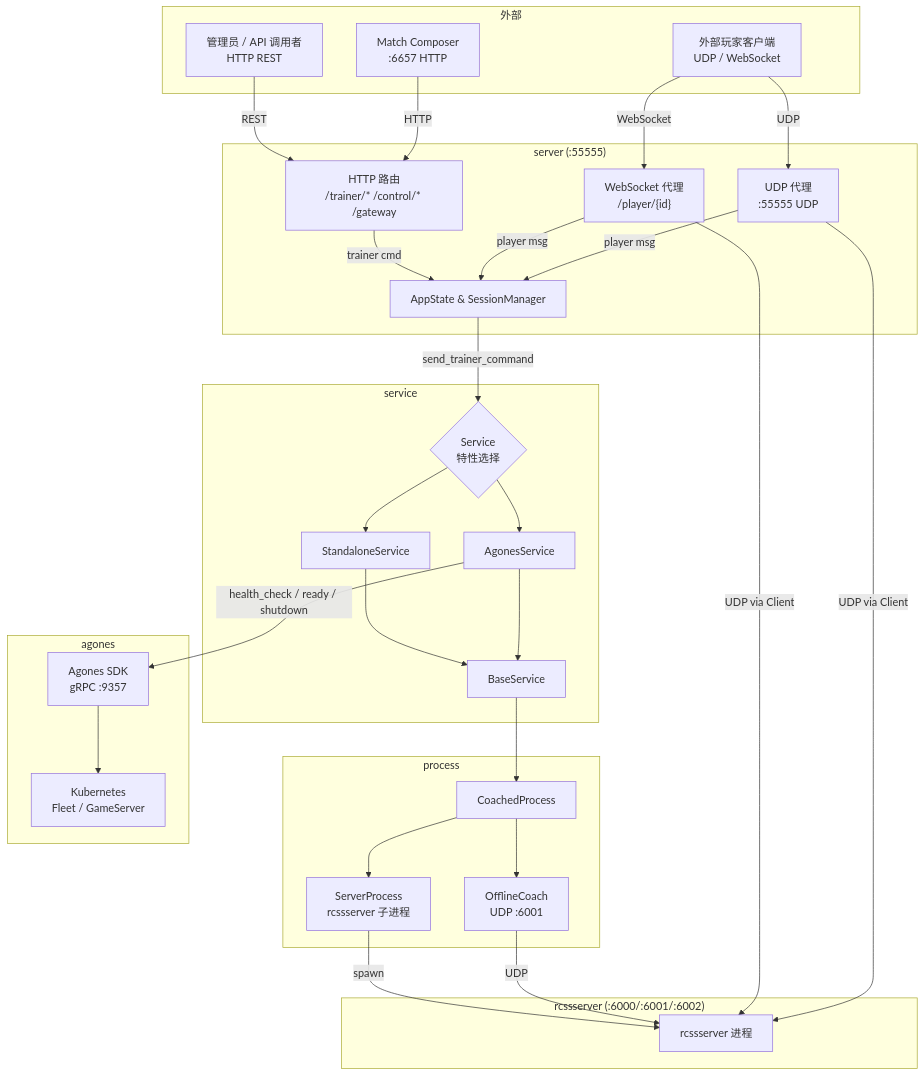
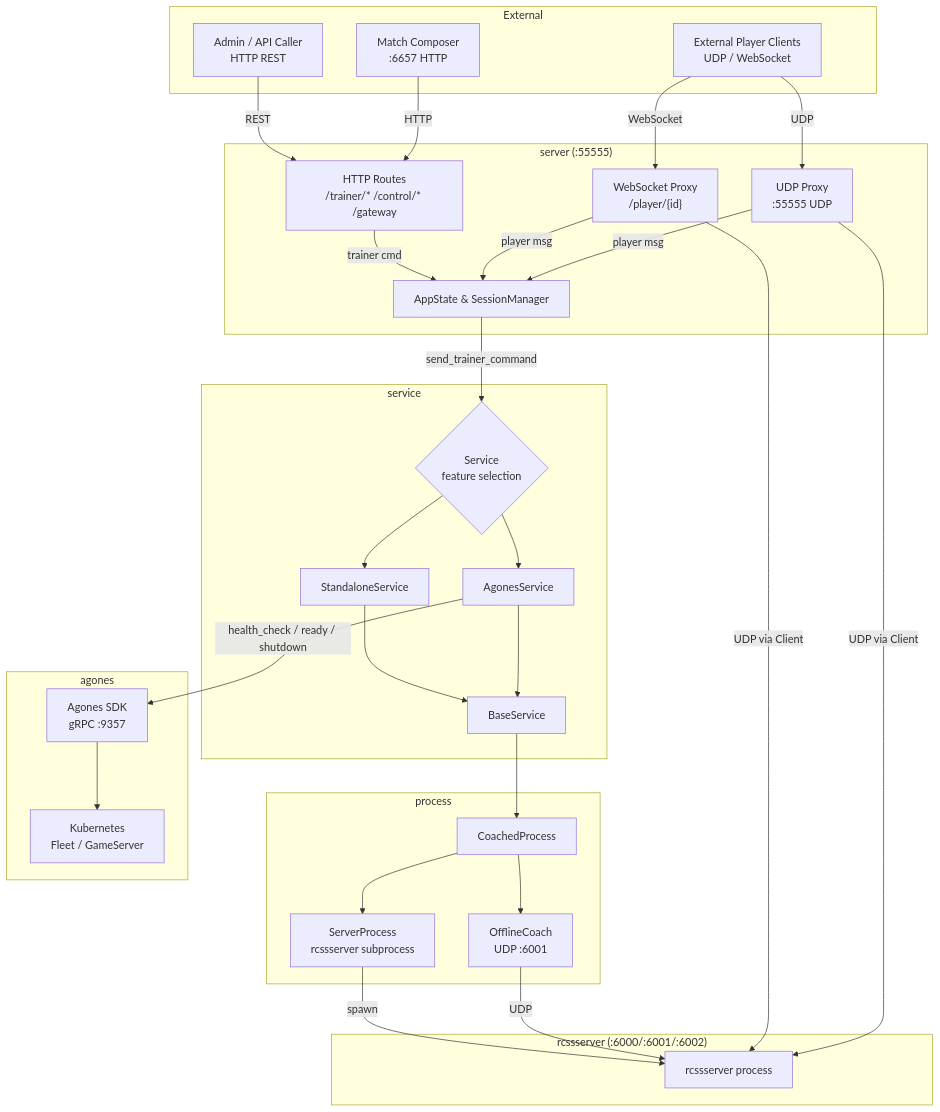
One commit to NN-4H0U/cluster changed the second of 20 diagrams in docs/REPORT.md. Above: the diagram before and after it, drawn with Mermaid. The commit also changed other lines of this file, not shown here.

Commit message:
fix: fix AppState lifecycle mermaid parse error and translate all diagrams to English

````diff
--- a/docs/REPORT.md
+++ b/docs/REPORT.md
@@ -59,63 +59,63 @@
 ```mermaid
 graph TB
-    subgraph ext["外部"]
-        PC["外部玩家客户端\nUDP / WebSocket"]
-        AC["管理员 / API 调用者\nHTTP REST"]
+    subgraph ext["External"]
+        PC["External Player Clients\nUDP / WebSocket"]
+        AC["Admin / API Caller\nHTTP REST"]
         MC["Match Composer\n:6657 HTTP"]
     end
 
     subgraph srv["server (:55555)"]
-        HTTP["HTTP 路由\n/trainer/* /control/* /gateway"]
-        WSP["WebSocket 代理\n/player/{id}"]
-        UDPP["UDP 代理\n:55555 UDP"]
+        HTTP["HTTP Routes\n/trainer/* /control/* /gateway"]
+        WSP["WebSocket Proxy\n/player/{id}"]
+        UDPP["UDP Proxy\n:55555 UDP"]
         SS["AppState & SessionManager"]
     end
 
     subgraph svc["service"]
-        SVC{"Service\n特性选择"}
+        SVC{"Service\nfeature selection"}
         SA["StandaloneService"]
         AOS["AgonesService"]
         BS["BaseService"]
     end
 
     subgraph proc["process"]
         CP["CoachedProcess"]
-        SP["ServerProcess\nrcssserver 子进程"]
+        SP["ServerProcess\nrcssserver subprocess"]
         OC["OfflineCoach\nUDP :6001"]
     end
 
     subgraph rcss_grp["rcssserver (:6000/:6001/:6002)"]
-        RCSS["rcssserver 进程"]
+        RCSS["rcssserver process"]
     end
 
     subgraph agones_grp["agones"]
         SDK["Agones SDK\ngRPC :9357"]
         K8S["Kubernetes\nFleet / GameServer"]
     end
 
     AC -->|REST| HTTP
     PC -->|WebSocket| WSP
     PC -->|UDP| UDPP
     MC -->|HTTP| HTTP
 
     HTTP -->|trainer cmd| SS
     WSP -->|player msg| SS
     UDPP -->|player msg| SS
     SS -->|send_trainer_command| SVC
 
     SVC --> SA
     SVC --> AOS
     SA --> BS
     AOS --> BS
     BS --> CP
     CP --> SP
     CP --> OC
 
     SP -->|spawn| RCSS
     OC -->|UDP| RCSS
     WSP -->|UDP via Client| RCSS
     UDPP -->|UDP via Client| RCSS
 
     AOS -->|health_check / ready / shutdown| SDK
     SDK --> K8S
 ```
````
